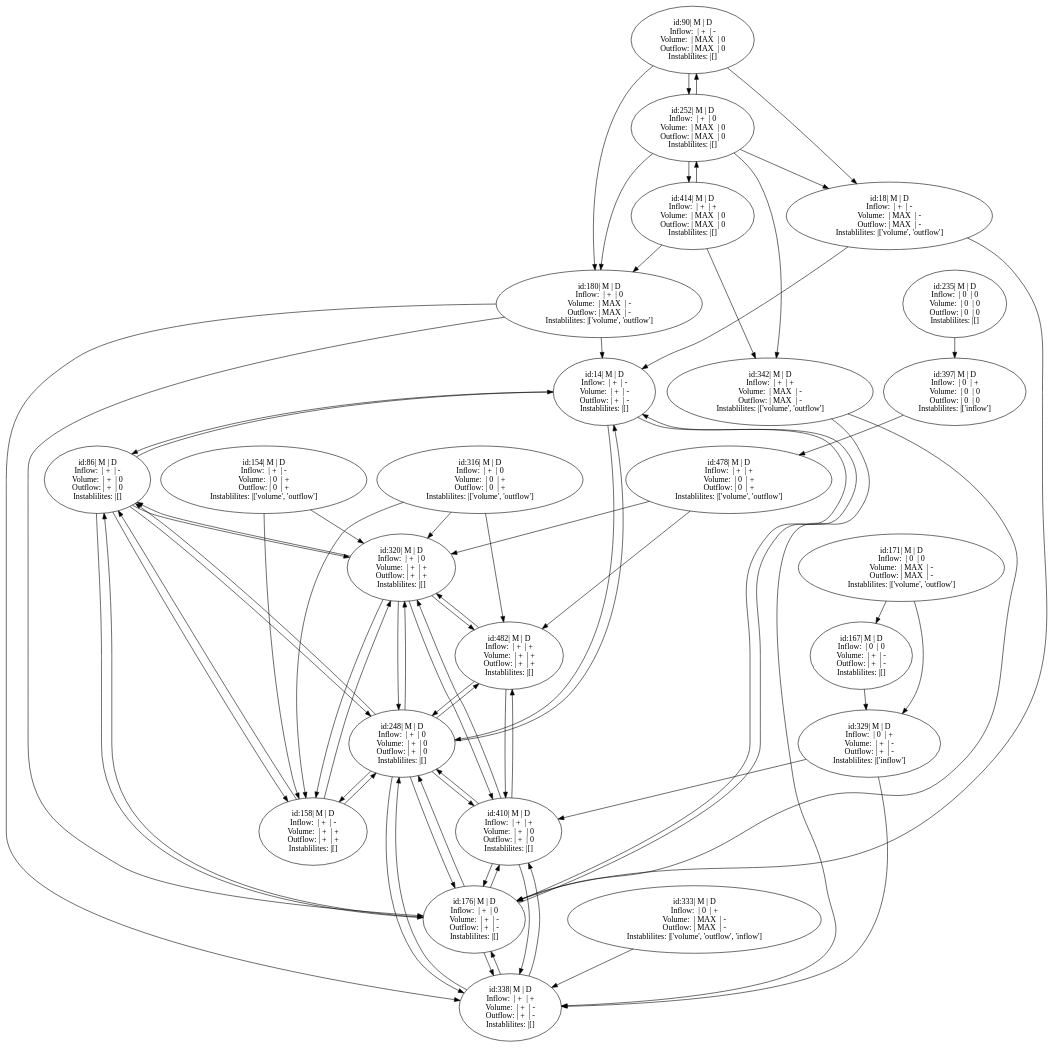
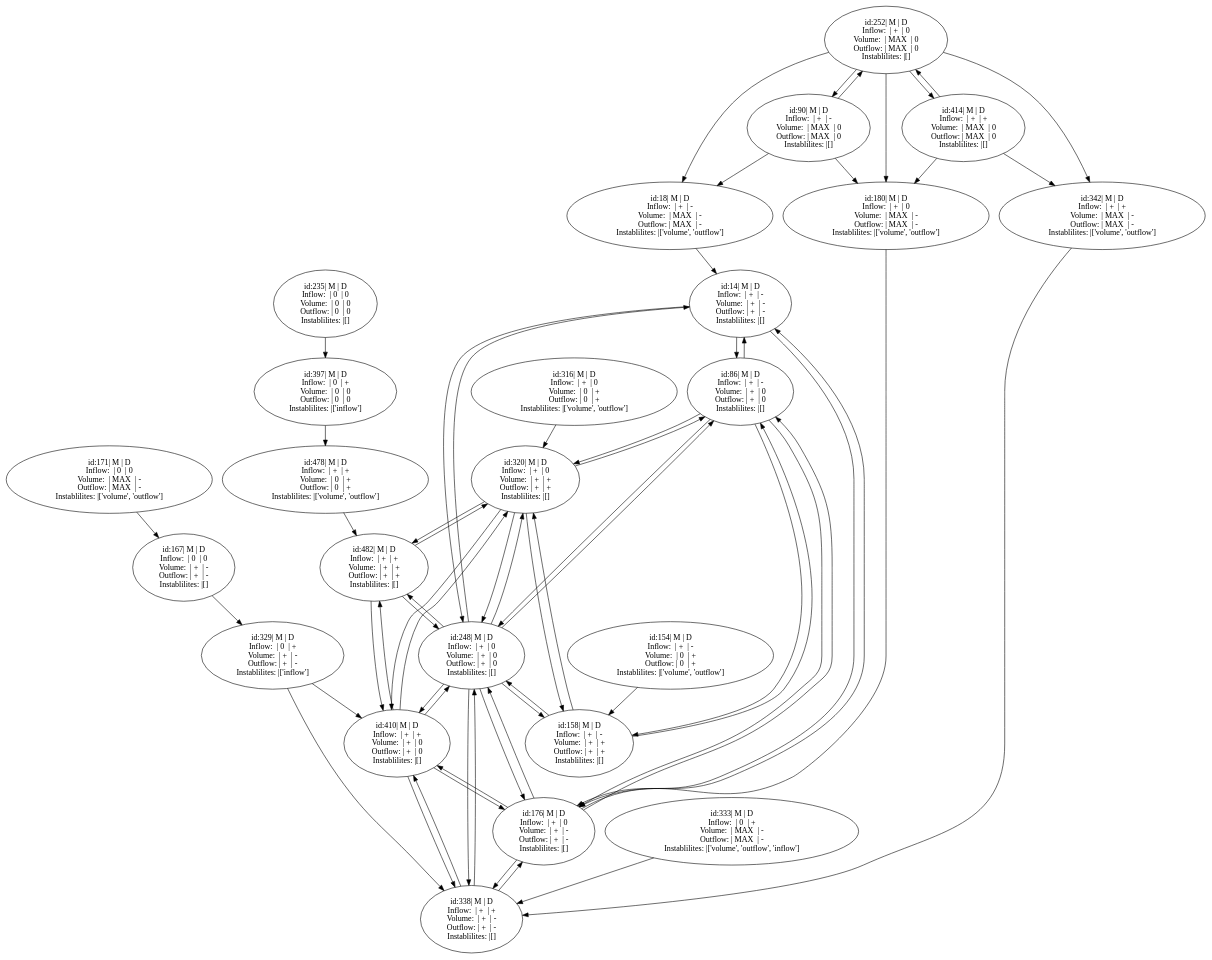
One commit to JappaB/Knowledge_Representation changed the diagram in QR assignment/graph.gv. Above: the diagram before and after it, drawn with Graphviz. The commit also changed 1 other file, not shown here.

```diff
--- a/QR assignment/graph.gv
+++ b/QR assignment/graph.gv
@@ -1,195 +1,186 @@
 digraph {
 	14 [label="id:14| M | D 
 Inflow:  | +  | -
 Volume:  | +  | -
 Outflow: | +  | -
 Instablilites: |[]"]
 	18 [label="id:18| M | D 
 Inflow:  | +  | -
 Volume:  | MAX  | -
 Outflow: | MAX  | -
 Instablilites: |['volume', 'outflow']"]
 	86 [label="id:86| M | D 
 Inflow:  | +  | -
 Volume:  | +  | 0
 Outflow: | +  | 0
 Instablilites: |[]"]
 	90 [label="id:90| M | D 
 Inflow:  | +  | -
 Volume:  | MAX  | 0
 Outflow: | MAX  | 0
 Instablilites: |[]"]
 	154 [label="id:154| M | D 
 Inflow:  | +  | -
 Volume:  | 0  | +
 Outflow: | 0  | +
 Instablilites: |['volume', 'outflow']"]
 	158 [label="id:158| M | D 
 Inflow:  | +  | -
 Volume:  | +  | +
 Outflow: | +  | +
 Instablilites: |[]"]
 	167 [label="id:167| M | D 
 Inflow:  | 0  | 0
 Volume:  | +  | -
 Outflow: | +  | -
 Instablilites: |[]"]
 	171 [label="id:171| M | D 
 Inflow:  | 0  | 0
 Volume:  | MAX  | -
 Outflow: | MAX  | -
 Instablilites: |['volume', 'outflow']"]
 	176 [label="id:176| M | D 
 Inflow:  | +  | 0
 Volume:  | +  | -
 Outflow: | +  | -
 Instablilites: |[]"]
 	180 [label="id:180| M | D 
 Inflow:  | +  | 0
 Volume:  | MAX  | -
 Outflow: | MAX  | -
 Instablilites: |['volume', 'outflow']"]
 	235 [label="id:235| M | D 
 Inflow:  | 0  | 0
 Volume:  | 0  | 0
 Outflow: | 0  | 0
 Instablilites: |[]"]
 	248 [label="id:248| M | D 
 Inflow:  | +  | 0
 Volume:  | +  | 0
 Outflow: | +  | 0
 Instablilites: |[]"]
 	252 [label="id:252| M | D 
 Inflow:  | +  | 0
 Volume:  | MAX  | 0
 Outflow: | MAX  | 0
 Instablilites: |[]"]
 	316 [label="id:316| M | D 
 Inflow:  | +  | 0
 Volume:  | 0  | +
 Outflow: | 0  | +
 Instablilites: |['volume', 'outflow']"]
 	320 [label="id:320| M | D 
 Inflow:  | +  | 0
 Volume:  | +  | +
 Outflow: | +  | +
 Instablilites: |[]"]
 	329 [label="id:329| M | D 
 Inflow:  | 0  | +
 Volume:  | +  | -
 Outflow: | +  | -
 Instablilites: |['inflow']"]
 	333 [label="id:333| M | D 
 Inflow:  | 0  | +
 Volume:  | MAX  | -
 Outflow: | MAX  | -
 Instablilites: |['volume', 'outflow', 'inflow']"]
 	338 [label="id:338| M | D 
 Inflow:  | +  | +
 Volume:  | +  | -
 Outflow: | +  | -
 Instablilites: |[]"]
 	342 [label="id:342| M | D 
 Inflow:  | +  | +
 Volume:  | MAX  | -
 Outflow: | MAX  | -
 Instablilites: |['volume', 'outflow']"]
 	397 [label="id:397| M | D 
 Inflow:  | 0  | +
 Volume:  | 0  | 0
 Outflow: | 0  | 0
 Instablilites: |['inflow']"]
 	410 [label="id:410| M | D 
 Inflow:  | +  | +
 Volume:  | +  | 0
 Outflow: | +  | 0
 Instablilites: |[]"]
 	414 [label="id:414| M | D 
 Inflow:  | +  | +
 Volume:  | MAX  | 0
 Outflow: | MAX  | 0
 Instablilites: |[]"]
 	478 [label="id:478| M | D 
 Inflow:  | +  | +
 Volume:  | 0  | +
 Outflow: | 0  | +
 Instablilites: |['volume', 'outflow']"]
 	482 [label="id:482| M | D 
 Inflow:  | +  | +
 Volume:  | +  | +
 Outflow: | +  | +
 Instablilites: |[]"]
-	18 -> 14
-	14 -> 86
-	86 -> 14
-	14 -> 176
-	176 -> 14
-	180 -> 14
-	14 -> 248
-	248 -> 14
-	90 -> 18
-	18 -> 176
-	252 -> 18
-	86 -> 158
-	158 -> 86
-	86 -> 176
-	176 -> 86
-	86 -> 248
-	248 -> 86
-	86 -> 320
-	320 -> 86
-	90 -> 180
-	90 -> 252
-	252 -> 90
-	154 -> 158
-	154 -> 320
-	158 -> 248
-	248 -> 158
-	316 -> 158
-	158 -> 320
-	320 -> 158
-	171 -> 167
-	167 -> 329
-	171 -> 329
-	180 -> 176
-	176 -> 248
-	248 -> 176
-	176 -> 338
-	338 -> 176
-	342 -> 176
-	176 -> 410
-	410 -> 176
-	252 -> 180
-	180 -> 338
-	414 -> 180
-	235 -> 397
-	248 -> 320
-	320 -> 248
-	248 -> 338
-	338 -> 248
-	248 -> 410
-	410 -> 248
-	248 -> 482
-	482 -> 248
-	252 -> 342
-	252 -> 414
-	414 -> 252
-	316 -> 320
-	316 -> 482
-	320 -> 410
-	410 -> 320
-	478 -> 320
-	320 -> 482
-	482 -> 320
-	329 -> 338
-	329 -> 410
-	333 -> 338
-	342 -> 338
-	338 -> 410
-	410 -> 338
-	414 -> 342
-	397 -> 478
-	410 -> 482
-	482 -> 410
-	478 -> 482
+		18 -> 14
+		14 -> 86
+		86 -> 14
+		14 -> 176
+		176 -> 14
+		14 -> 248
+		248 -> 14
+		90 -> 18
+		252 -> 18
+		86 -> 158
+		158 -> 86
+		86 -> 176
+		176 -> 86
+		86 -> 248
+		248 -> 86
+		86 -> 320
+		320 -> 86
+		90 -> 180
+		90 -> 252
+		252 -> 90
+		154 -> 158
+		158 -> 248
+		248 -> 158
+		158 -> 320
+		320 -> 158
+		171 -> 167
+		167 -> 329
+		180 -> 176
+		176 -> 248
+		248 -> 176
+		176 -> 338
+		338 -> 176
+		176 -> 410
+		410 -> 176
+		252 -> 180
+		414 -> 180
+		235 -> 397
+		248 -> 320
+		320 -> 248
+		248 -> 338
+		338 -> 248
+		248 -> 410
+		410 -> 248
+		248 -> 482
+		482 -> 248
+		252 -> 342
+		252 -> 414
+		414 -> 252
+		316 -> 320
+		320 -> 410
+		410 -> 320
+		320 -> 482
+		482 -> 320
+		329 -> 338
+		329 -> 410
+		333 -> 338
+		342 -> 338
+		338 -> 410
+		410 -> 338
+		414 -> 342
+		397 -> 478
+		410 -> 482
+		482 -> 410
+		478 -> 482
 }
```
